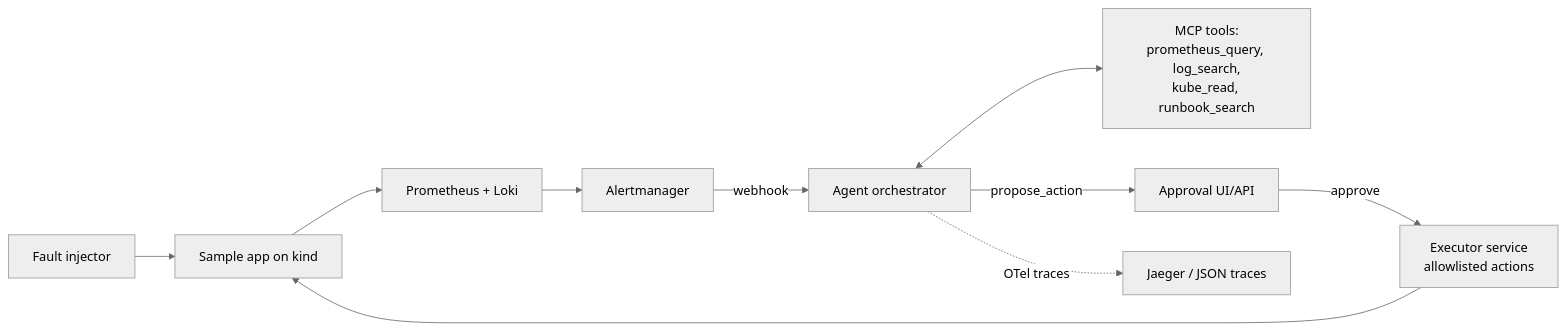
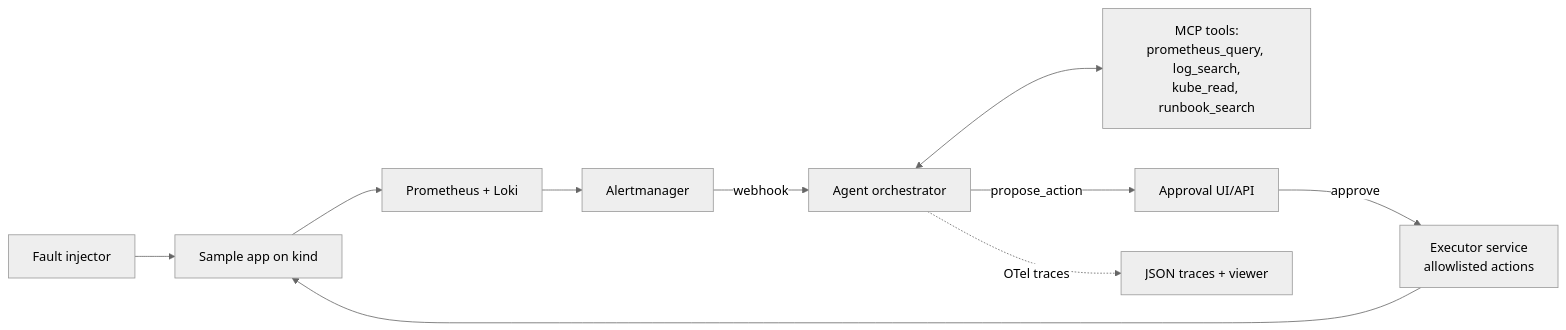
Before and after one commit to Jex2l/incident-agent: the diagram in README.md, drawn with Mermaid (neutral theme). The commit also changed other lines of this file and 8 other files, not shown here.

````diff
--- a/README.md
+++ b/README.md
@@ -43,12 +59,12 @@
 ```mermaid
 flowchart LR
     FI[Fault injector] --> APP[Sample app on kind]
     APP --> PROM[Prometheus + Loki]
     PROM --> AM[Alertmanager]
     AM -->|webhook| AGENT[Agent orchestrator]
     AGENT <--> TOOLS[MCP tools:\nprometheus_query, log_search,\nkube_read, runbook_search]
     AGENT -->|propose_action| APPROVAL[Approval UI/API]
     APPROVAL -->|approve| EXEC[Executor service\nallowlisted actions]
     EXEC --> APP
-    AGENT -.OTel traces.-> TRACE[Jaeger / JSON traces]
+    AGENT -.OTel traces.-> TRACE[JSON traces + viewer]
 ```
````
